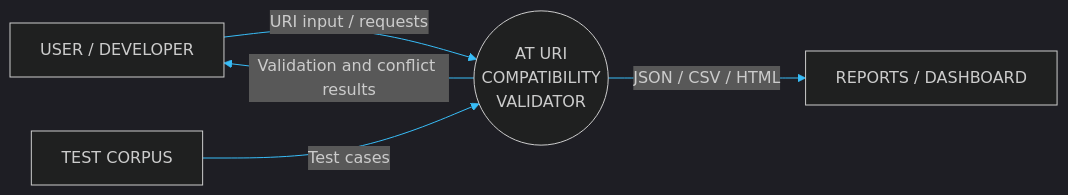
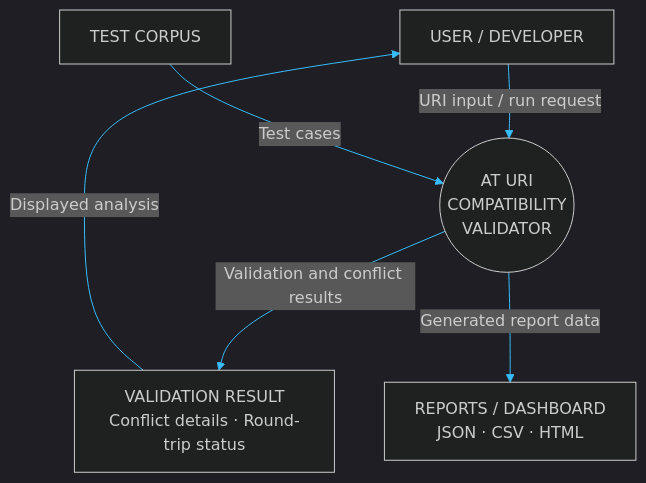
The sixth of 15 diagrams in README.md (aiori-hackathon/A3-PS026-TC073), drawn with Mermaid before and after one commit. The commit also changed other lines of this file, not shown here.

````diff
--- a/README.md
+++ b/README.md
@@ -1059,13 +1046,16 @@
 ```mermaid
 %%{init: {'theme':'dark','themeVariables': {'darkMode': true,'background':'#07111F','primaryColor':'#102A43','primaryTextColor':'#E6F6FF','primaryBorderColor':'#22D3EE','lineColor':'#38BDF8','secondaryColor':'#0B2238','tertiaryColor':'#123B63','fontFamily':'ui-monospace, SFMono-Regular, Consolas, monospace'}}}%%
-flowchart LR
+flowchart TB
     USER["USER / DEVELOPER"]
     CORPUS["TEST CORPUS"]
     SYSTEM(("AT URI<br/>COMPATIBILITY<br/>VALIDATOR"))
-    REPORT["REPORTS / DASHBOARD"]
+    RESULT["VALIDATION RESULT<br/>Conflict details · Round-trip status"]
+    REPORT["REPORTS / DASHBOARD<br/>JSON · CSV · HTML"]
 
-    USER -->|"URI input / requests"| SYSTEM
+    USER -->|"URI input / run request"| SYSTEM
     CORPUS -->|"Test cases"| SYSTEM
-    SYSTEM -->|"Validation and conflict results"| USER
-    SYSTEM -->|"JSON / CSV / HTML"| REPORT
+    SYSTEM -->|"Validation and conflict results"| RESULT
+    RESULT -->|"Displayed analysis"| USER
+    SYSTEM -->|"Generated report data"| REPORT
+
 ```
````
